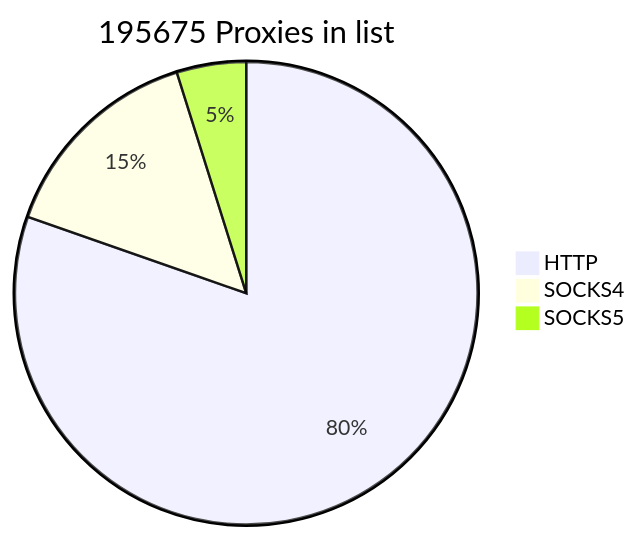
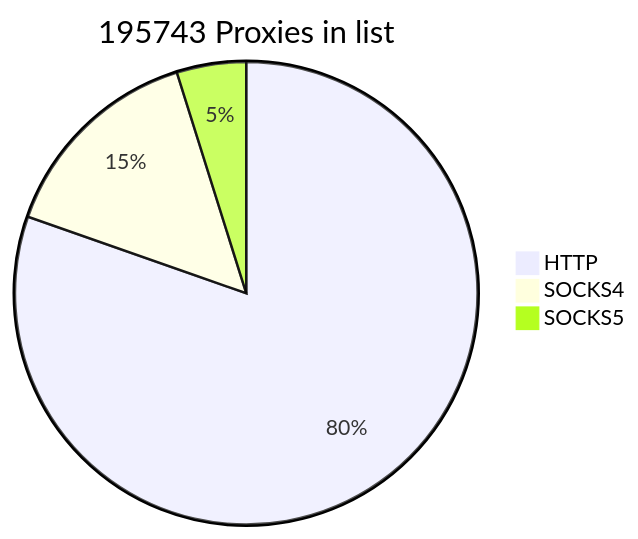
Before and after one commit to cutipu/proxylist: the first of 2 diagrams in README.md, drawn with Mermaid. The commit also changed other lines of this file, not shown here.

````diff
--- a/README.md
+++ b/README.md
@@ -2,7 +2,7 @@
 ```mermaid
-pie title 195675 Proxies in list
-    "HTTP" : 157238
-    "SOCKS4" : 28946
-    "SOCKS5" : 9491
+pie title 195743 Proxies in list
+    "HTTP" : 157309
+    "SOCKS4" : 28945
+    "SOCKS5" : 9489
             
 ```
````
